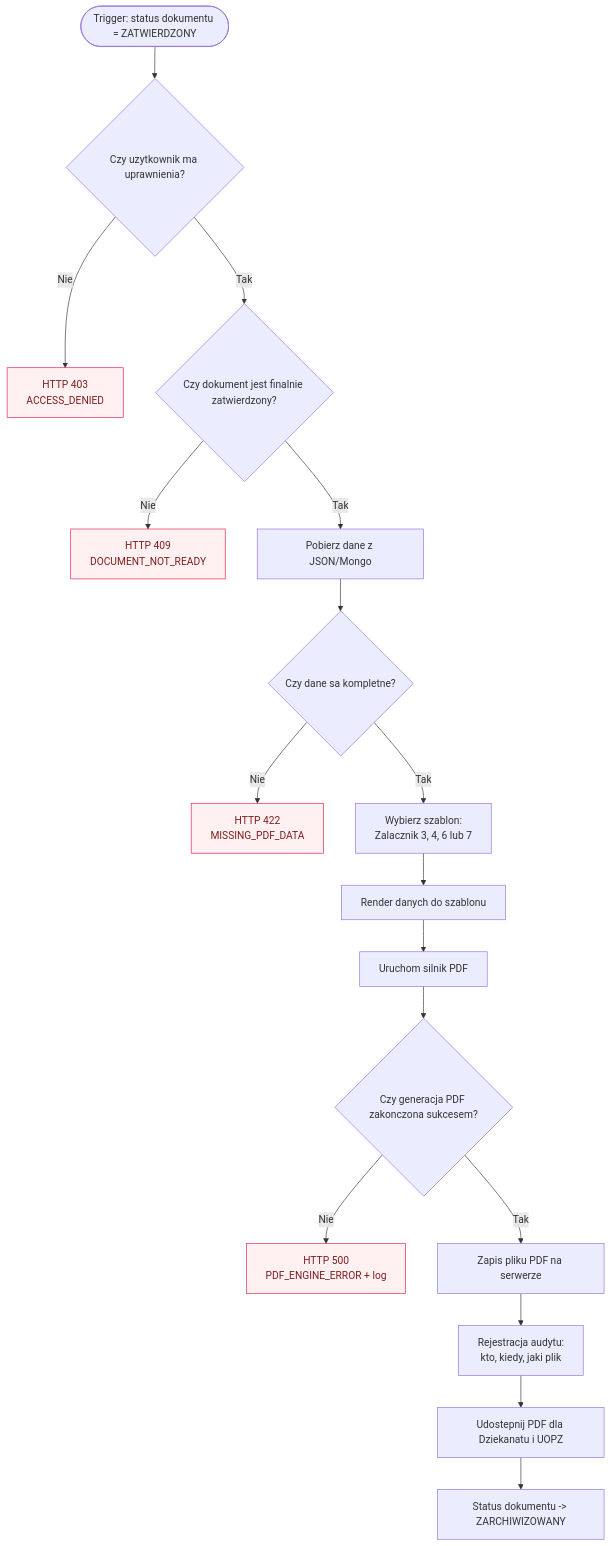
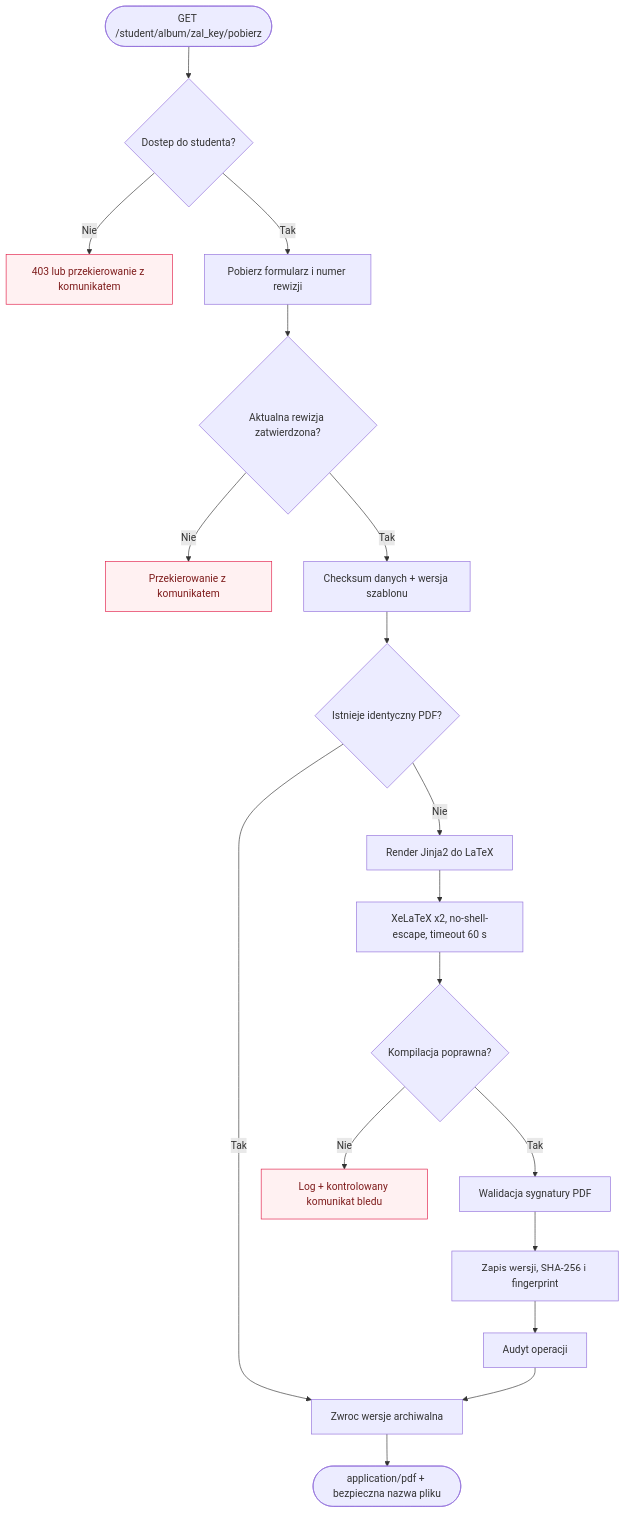
Before and after one commit to kacprow21324/flask-app-form: the diagram in documentation/diagrams/diagrams_code/Flow_PDF_Generation.mmd, drawn with Mermaid. The commit also changed 148 other files, not shown here.

```diff
--- a/documentation/diagrams/diagrams_code/Flow_PDF_Generation.mmd
+++ b/documentation/diagrams/diagrams_code/Flow_PDF_Generation.mmd
@@ -1,23 +1,21 @@
 flowchart TD
-    A([Trigger: status dokumentu = ZATWIERDZONY]) --> B{Czy uzytkownik ma uprawnienia?}
-    B -- Nie --> B1[HTTP 403<br/>ACCESS_DENIED]
-    B -- Tak --> C{Czy dokument jest finalnie zatwierdzony?}
-    C -- Nie --> C1[HTTP 409<br/>DOCUMENT_NOT_READY]
-    C -- Tak --> D[Pobierz dane z JSON/Mongo]
-
-    D --> E{Czy dane sa kompletne?}
-    E -- Nie --> E1[HTTP 422<br/>MISSING_PDF_DATA]
-    E -- Tak --> F[Wybierz szablon:<br/>Zalacznik 3, 4, 6 lub 7]
-
-    F --> G[Render danych do szablonu]
-    G --> H[Uruchom silnik PDF]
-    H --> I{Czy generacja PDF zakonczona sukcesem?}
-
-    I -- Nie --> I1[HTTP 500<br/>PDF_ENGINE_ERROR + log]
-    I -- Tak --> J[Zapis pliku PDF na serwerze]
-    J --> K[Rejestracja audytu:<br/>kto, kiedy, jaki plik]
-    K --> L[Udostepnij PDF dla Dziekanatu i UOPZ]
-    L --> M[Status dokumentu -> ZARCHIWIZOWANY]
+    A([GET /student/album/zal_key/pobierz]) --> B{Dostep do studenta?}
+    B -- Nie --> B1[403 lub przekierowanie z komunikatem]
+    B -- Tak --> C[Pobierz formularz i numer rewizji]
+    C --> D{Aktualna rewizja zatwierdzona?}
+    D -- Nie --> D1[Przekierowanie z komunikatem]
+    D -- Tak --> E[Checksum danych + wersja szablonu]
+    E --> F{Istnieje identyczny PDF?}
+    F -- Tak --> G[Zwroc wersje archiwalna]
+    F -- Nie --> H[Render Jinja2 do LaTeX]
+    H --> I[XeLaTeX x2, no-shell-escape, timeout 60 s]
+    I --> J{Kompilacja poprawna?}
+    J -- Nie --> J1[Log + kontrolowany komunikat bledu]
+    J -- Tak --> K[Walidacja sygnatury PDF]
+    K --> L[Zapis wersji, SHA-256 i fingerprint]
+    L --> M[Audyt operacji]
+    M --> G
+    G --> N([application/pdf + bezpieczna nazwa pliku])
 
     classDef err fill:#fff1f2,stroke:#e11d48,color:#7f1d1d,stroke-width:1px;
-    class B1,C1,E1,I1 err;
+    class B1,D1,J1 err;
```
